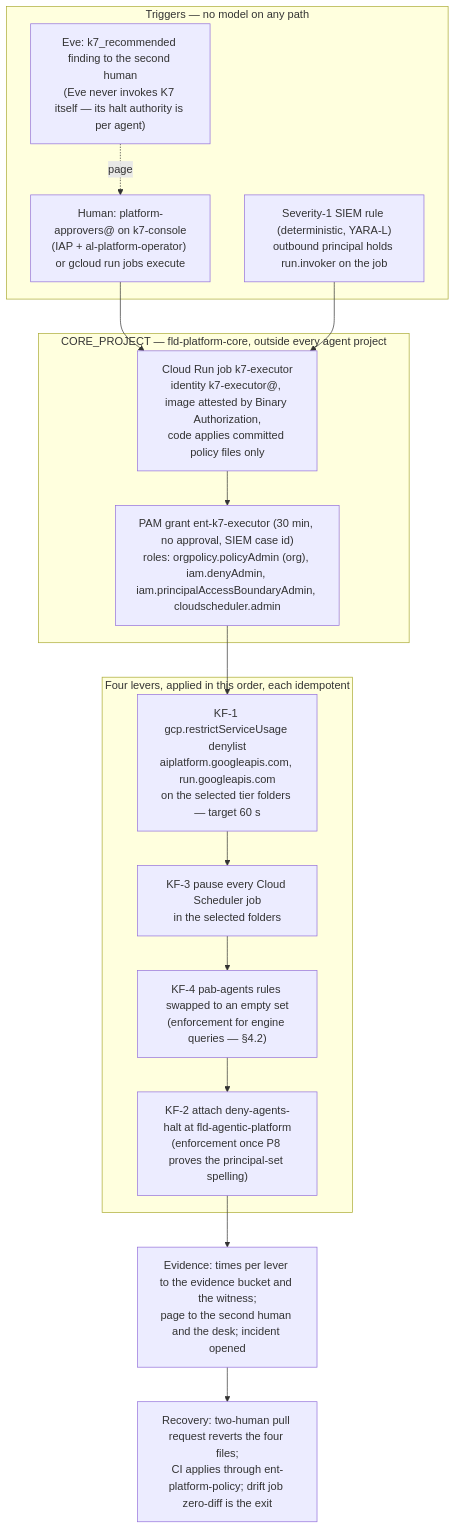
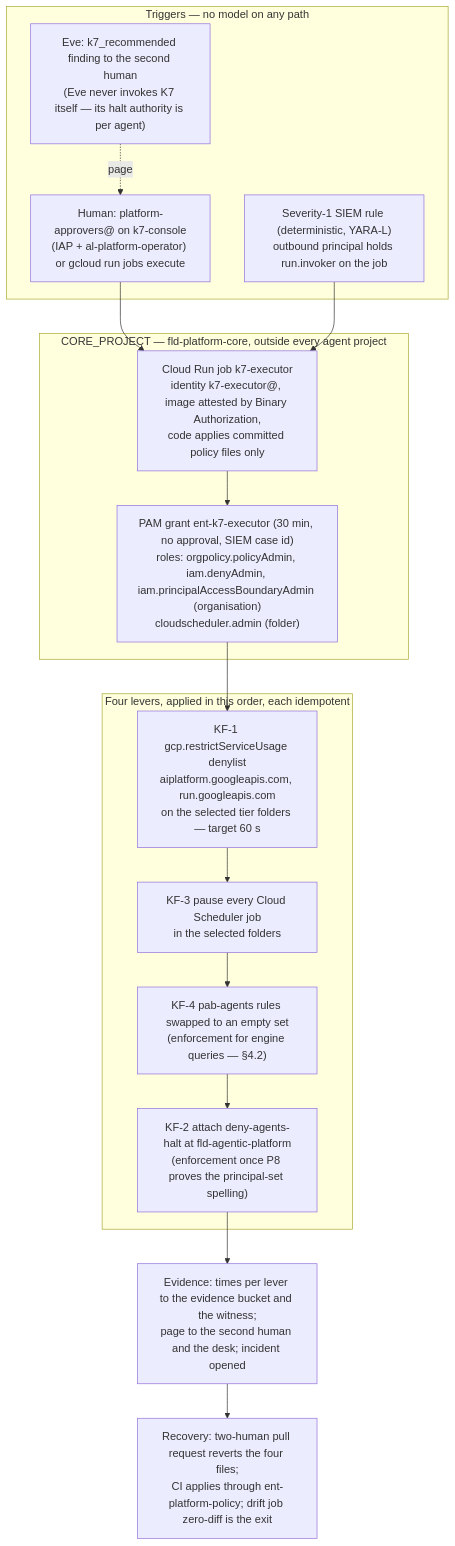
Before and after one commit to jsbdfgidsfg/agentic-platform: the second of 2 diagrams in platform/agentic-platform/04-identity-and-privileged-access.md, drawn with Mermaid. The commit also changed other lines of this file and 13 other files, not shown here.

First line of the commit message:
agentic-platform: 12-open-decisions register (P1–P141) and README; renumber pages 02–11 into one sequence; commit pages 10, 11

````diff
--- a/platform/agentic-platform/04-identity-and-privileged-access.md
+++ b/platform/agentic-platform/04-identity-and-privileged-access.md
@@ -642,24 +644,24 @@
 ```mermaid
 flowchart TB
     subgraph TRIG["Triggers — no model on any path"]
         H1["Human: platform-approvers@ on k7-console<br/>(IAP + al-platform-operator) or gcloud run jobs execute"]
         S1["Severity-1 SIEM rule (deterministic, YARA-L)<br/>outbound principal holds run.invoker on the job"]
         E1["Eve: k7_recommended finding to the second human<br/>(Eve never invokes K7 itself — its halt authority is per agent)"]
     end
     subgraph CORE["CORE_PROJECT — fld-platform-core, outside every agent project"]
         J["Cloud Run job k7-executor<br/>identity k7-executor@, image attested by Binary Authorization,<br/>code applies committed policy files only"]
-        PAM["PAM grant ent-k7-executor (30 min, no approval, SIEM case id)<br/>roles: orgpolicy.policyAdmin (org), iam.denyAdmin, iam.principalAccessBoundaryAdmin, cloudscheduler.admin"]
+        PAM["PAM grant ent-k7-executor (30 min, no approval, SIEM case id)<br/>roles: orgpolicy.policyAdmin, iam.denyAdmin, iam.principalAccessBoundaryAdmin (organisation)<br/>cloudscheduler.admin (folder)"]
     end
     subgraph LEVERS["Four levers, applied in this order, each idempotent"]
         KF1["KF-1 gcp.restrictServiceUsage denylist<br/>aiplatform.googleapis.com, run.googleapis.com<br/>on the selected tier folders — target 60 s"]
         KF3["KF-3 pause every Cloud Scheduler job<br/>in the selected folders"]
         KF4["KF-4 pab-agents rules swapped to an empty set<br/>(enforcement for engine queries — §4.2)"]
         KF2["KF-2 attach deny-agents-halt at fld-agentic-platform<br/>(enforcement once P8 proves the principal-set spelling)"]
     end
     H1 --> J
     S1 --> J
     E1 -. "page" .-> H1
     J --> PAM --> KF1 --> KF3 --> KF4 --> KF2
     KF2 --> EV["Evidence: times per lever to the evidence bucket and the witness;<br/>page to the second human and the desk; incident opened"]
     EV --> REC["Recovery: two-human pull request reverts the four files;<br/>CI applies through ent-platform-policy; drift job zero-diff is the exit"]
 ```
````
